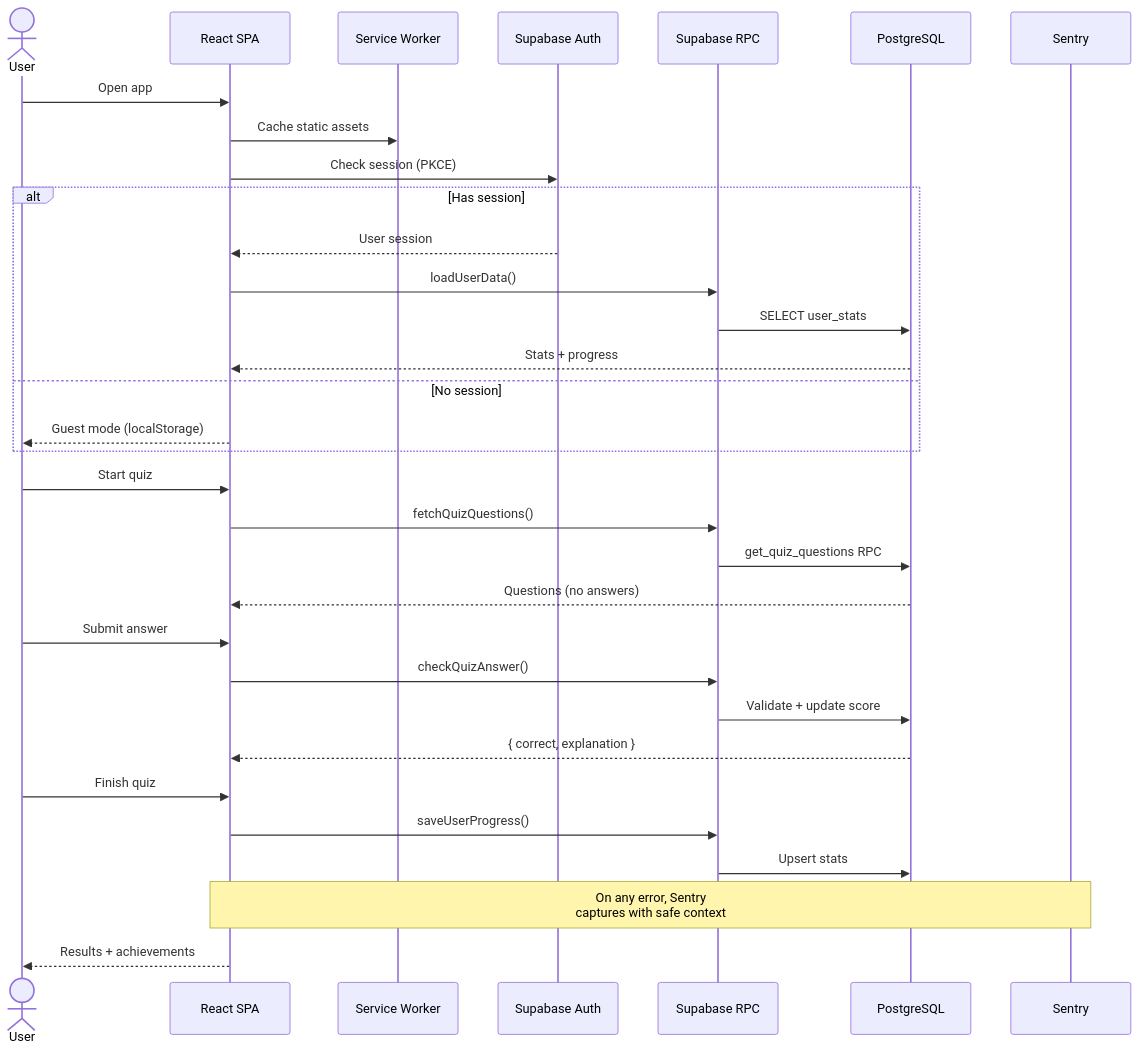
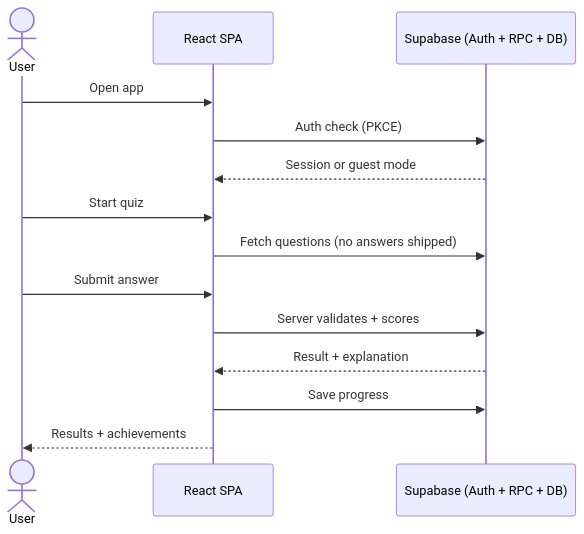
The second of 9 diagrams in README.md (or-carmeli/KubeQuest), drawn with Mermaid before and after one commit.

Commit message:
docs: simplify app flow sequence diagram
Reduce to 3 participants and core flow only — easier to explain
in interviews and less visual noise in the README.

````diff
--- a/README.md
+++ b/README.md
@@ -121,39 +121,19 @@
 ```mermaid
 sequenceDiagram
     actor User
     participant SPA as React SPA
-    participant SW as Service Worker
-    participant Auth as Supabase Auth
-    participant API as Supabase RPC
-    participant DB as PostgreSQL
-    participant Sentry
+    participant API as Supabase (Auth + RPC + DB)
 
     User->>SPA: Open app
-    SPA->>SW: Cache static assets
-    SPA->>Auth: Check session (PKCE)
-    alt Has session
-        Auth-->>SPA: User session
-        SPA->>API: loadUserData()
-        API->>DB: SELECT user_stats
-        DB-->>SPA: Stats + progress
-    else No session
-        SPA-->>User: Guest mode (localStorage)
-    end
+    SPA->>API: Auth check (PKCE)
+    API-->>SPA: Session or guest mode
 
     User->>SPA: Start quiz
-    SPA->>API: fetchQuizQuestions()
-    API->>DB: get_quiz_questions RPC
-    DB-->>SPA: Questions (no answers)
+    SPA->>API: Fetch questions (no answers shipped)
+    User->>SPA: Submit answer
+    SPA->>API: Server validates + scores
+    API-->>SPA: Result + explanation
 
-    User->>SPA: Submit answer
-    SPA->>API: checkQuizAnswer()
-    API->>DB: Validate + update score
-    DB-->>SPA: { correct, explanation }
-
-    User->>SPA: Finish quiz
-    SPA->>API: saveUserProgress()
-    API->>DB: Upsert stats
-    Note over SPA,Sentry: On any error, Sentry<br/>captures with safe context
-
+    SPA->>API: Save progress
     SPA-->>User: Results + achievements
 ```
````
